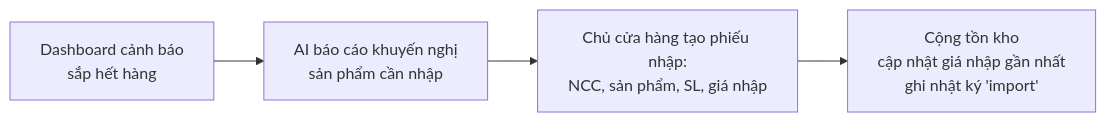
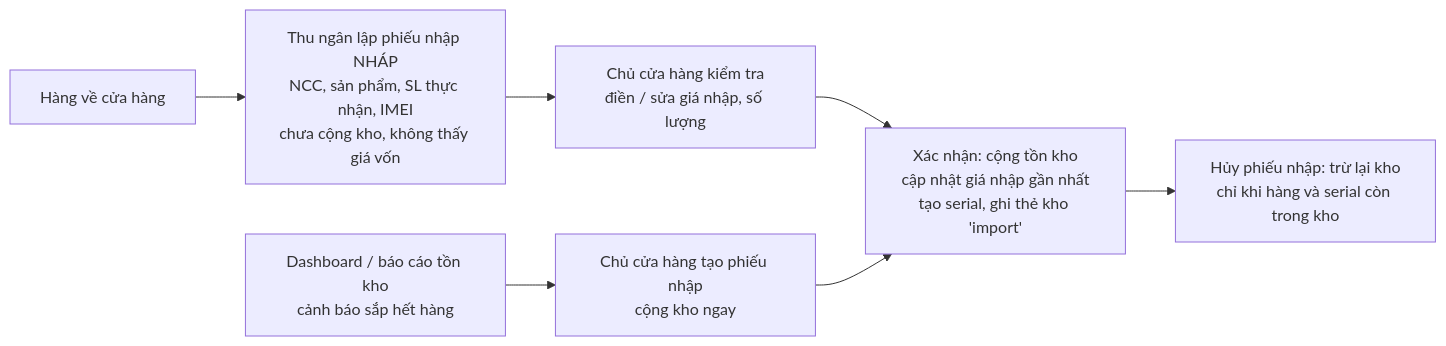
Before and after one commit to NSNDHaiDang25/HeThongBanHangTichHopAI: the third of 10 diagrams in docs/01_phan_tich_thiet_ke.md, drawn with Mermaid. The commit also changed other lines of this file and 43 other files, not shown here.

First line of the commit message:
Phân quyền 3 vai trò độc lập, khuyến mãi, điểm, IMEI, đổi trả, bảo hành, quản trị hệ thống

````diff
--- a/docs/01_phan_tich_thiet_ke.md
+++ b/docs/01_phan_tich_thiet_ke.md
@@ -63,6 +69,8 @@
 ```mermaid
 flowchart LR
-    A[Dashboard cảnh báo<br/>sắp hết hàng] --> B[AI báo cáo khuyến nghị<br/>sản phẩm cần nhập]
-    B --> C[Chủ cửa hàng tạo phiếu nhập:<br/>NCC, sản phẩm, SL, giá nhập]
-    C --> D[Cộng tồn kho<br/>cập nhật giá nhập gần nhất<br/>ghi nhật ký 'import']
+    A[Hàng về cửa hàng] --> B[Thu ngân lập phiếu nhập NHÁP<br/>NCC, sản phẩm, SL thực nhận, IMEI<br/>chưa cộng kho, không thấy giá vốn]
+    B --> C[Chủ cửa hàng kiểm tra<br/>điền / sửa giá nhập, số lượng]
+    C --> D[Xác nhận: cộng tồn kho<br/>cập nhật giá nhập gần nhất<br/>tạo serial, ghi thẻ kho 'import']
+    E[Dashboard / báo cáo tồn kho<br/>cảnh báo sắp hết hàng] --> F[Chủ cửa hàng tạo phiếu nhập<br/>cộng kho ngay] --> D
+    D --> G[Hủy phiếu nhập: trừ lại kho<br/>chỉ khi hàng và serial còn trong kho]
 ```
````
